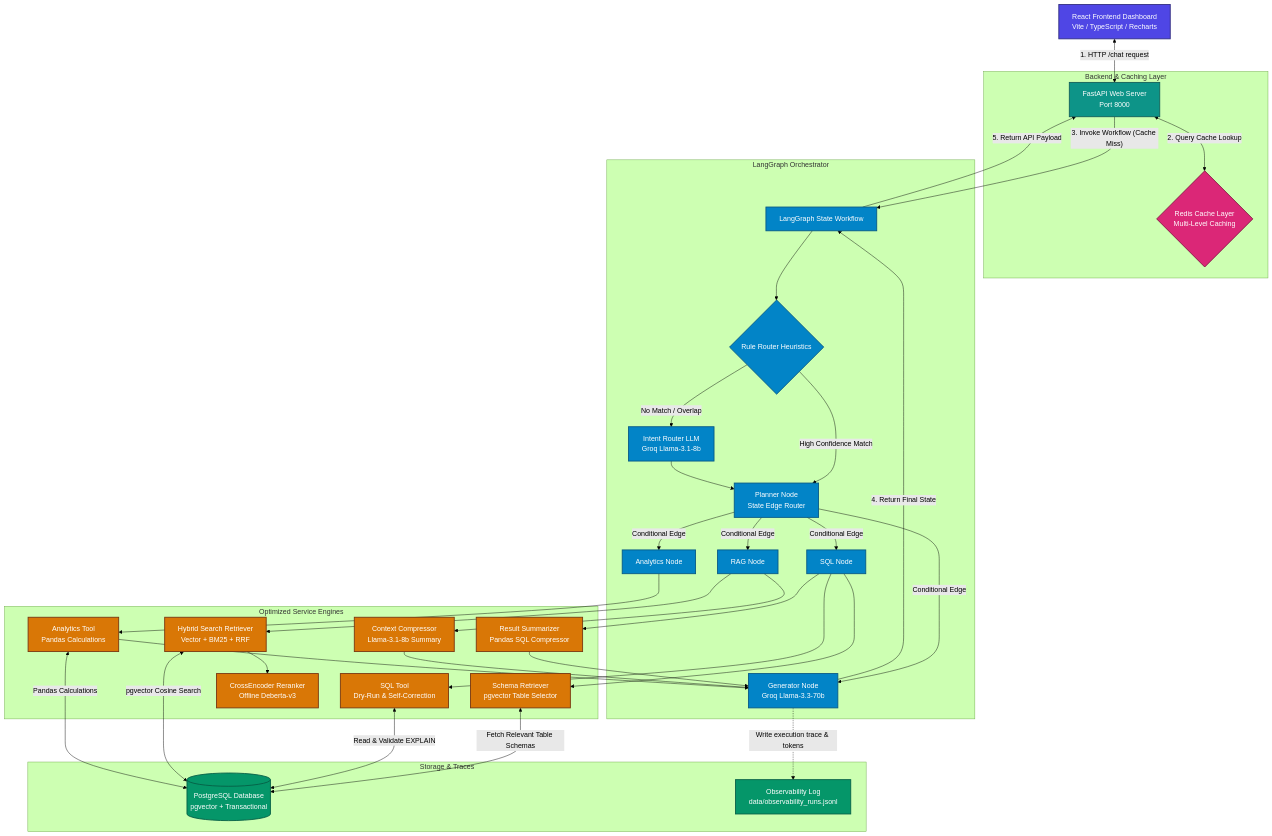
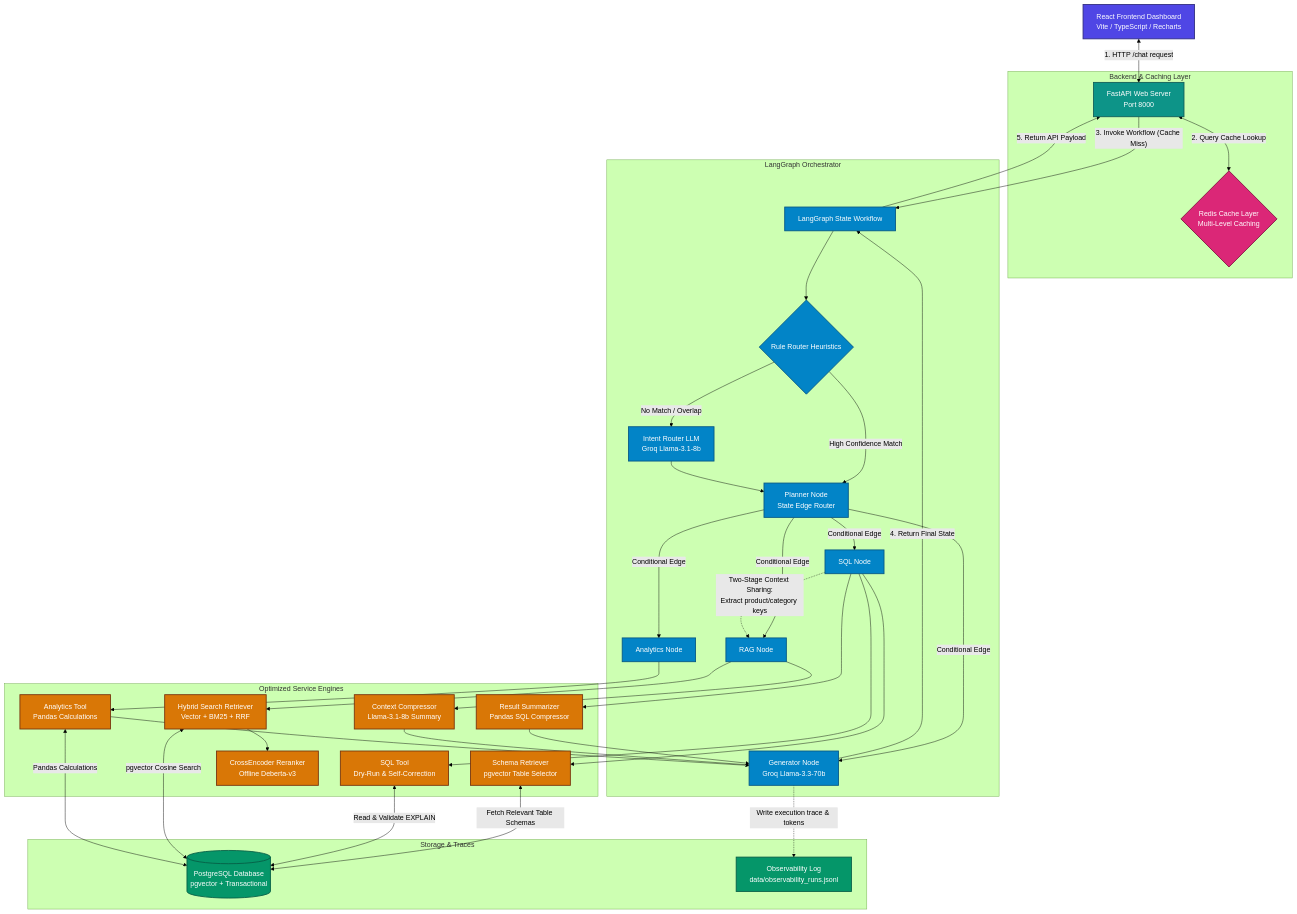
One commit to Sahilnegi4444/Ai-Analyst-Agent changed the first of 7 diagrams in README.md. Above: the diagram before and after it, drawn with Mermaid (forest theme). The commit also changed other lines of this file and 6 other files, not shown here.

````diff
--- a/README.md
+++ b/README.md
@@ -13,81 +13,82 @@
 ```mermaid
 graph TD
     %% Styling Classes
     classDef frontend fill:#4f46e5,stroke:#312e81,color:#fff,stroke-width:2px;
     classDef cache fill:#db2777,stroke:#831843,color:#fff,stroke-width:2px;
     classDef server fill:#0d9488,stroke:#115e59,color:#fff,stroke-width:2px;
     classDef agent fill:#0284c7,stroke:#075985,color:#fff,stroke-width:2px;
     classDef tool fill:#d97706,stroke:#78350f,color:#fff,stroke-width:2px;
     classDef db fill:#059669,stroke:#065f46,color:#fff,stroke-width:2px;
 
     %% Nodes Declaration
     FE[React Frontend Dashboard<br/>Vite / TypeScript / Recharts]:::frontend
     
     subgraph Backend & Caching Layer
         API[FastAPI Web Server<br/>Port 8000]:::server
         RC{Redis Cache Layer<br/>Multi-Level Caching}:::cache
     end
     
     subgraph LangGraph Orchestrator
         WorkflowNode[LangGraph State Workflow]:::agent
         RuleRouter{Rule Router Heuristics}:::agent
         Router[Intent Router LLM<br/>Groq Llama-3.1-8b]:::agent
         Planner[Planner Node<br/>State Edge Router]:::agent
         SQLNode[SQL Node]:::agent
         RAGNode[RAG Node]:::agent
         AnalNode[Analytics Node]:::agent
         GenNode[Generator Node<br/>Groq Llama-3.3-70b]:::agent
     end
 
     subgraph Optimized Service Engines
         SchemaRetriever[Schema Retriever<br/>pgvector Table Selector]:::tool
         SQLTool[SQL Tool<br/>Dry-Run & Self-Correction]:::tool
         ResultSummarizer[Result Summarizer<br/>Pandas SQL Compressor]:::tool
         HybridRetriever[Hybrid Search Retriever<br/>Vector + BM25 + RRF]:::tool
         Reranker[CrossEncoder Reranker<br/>Offline Deberta-v3]:::tool
         ContextCompressor[Context Compressor<br/>Llama-3.1-8b Summary]:::tool
         AnalTool[Analytics Tool<br/>Pandas Calculations]:::tool
     end
 
     subgraph Storage & Traces
         DB[(PostgreSQL Database<br/>pgvector + Transactional)]:::db
         Obs[Observability Log<br/>data/observability_runs.jsonl]:::db
     end
 
     %% Flow Connections
     FE <-->|"1. HTTP /chat request"| API
     API <-->|"2. Query Cache Lookup"| RC
     API -->|"3. Invoke Workflow (Cache Miss)"| WorkflowNode
     
     WorkflowNode --> RuleRouter
     RuleRouter -->|No Match / Overlap| Router
     RuleRouter -->|High Confidence Match| Planner
     Router --> Planner
     
     Planner -->|Conditional Edge| SQLNode
     Planner -->|Conditional Edge| RAGNode
     Planner -->|Conditional Edge| AnalNode
     Planner -->|Conditional Edge| GenNode
     
     SQLNode --> SchemaRetriever
     SchemaRetriever <-->|"Fetch Relevant Table Schemas"| DB
     SQLNode --> SQLTool
     SQLTool <-->|"Read & Validate EXPLAIN"| DB
     SQLNode --> ResultSummarizer
+    SQLNode -.->|"Two-Stage Context Sharing:<br/>Extract product/category keys"| RAGNode
     
     RAGNode --> HybridRetriever
     HybridRetriever <-->|"pgvector Cosine Search"| DB
     HybridRetriever --> Reranker
     RAGNode --> ContextCompressor
     
     AnalNode --> AnalTool
     AnalTool <-->|"Pandas Calculations"| DB
     
     ResultSummarizer --> GenNode
     ContextCompressor --> GenNode
     AnalTool --> GenNode
     
     GenNode -->|"4. Return Final State"| WorkflowNode
     WorkflowNode -->|"5. Return API Payload"| API
     GenNode -.->|Write execution trace & tokens| Obs
 ```
````
